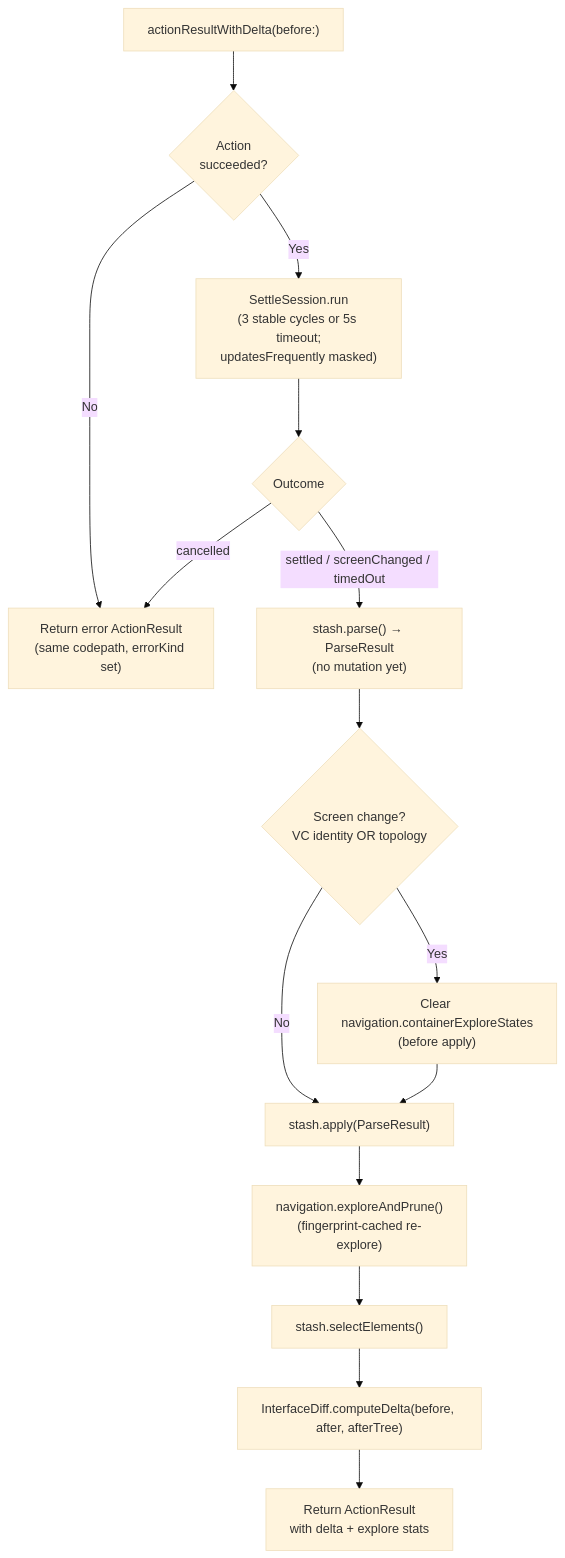
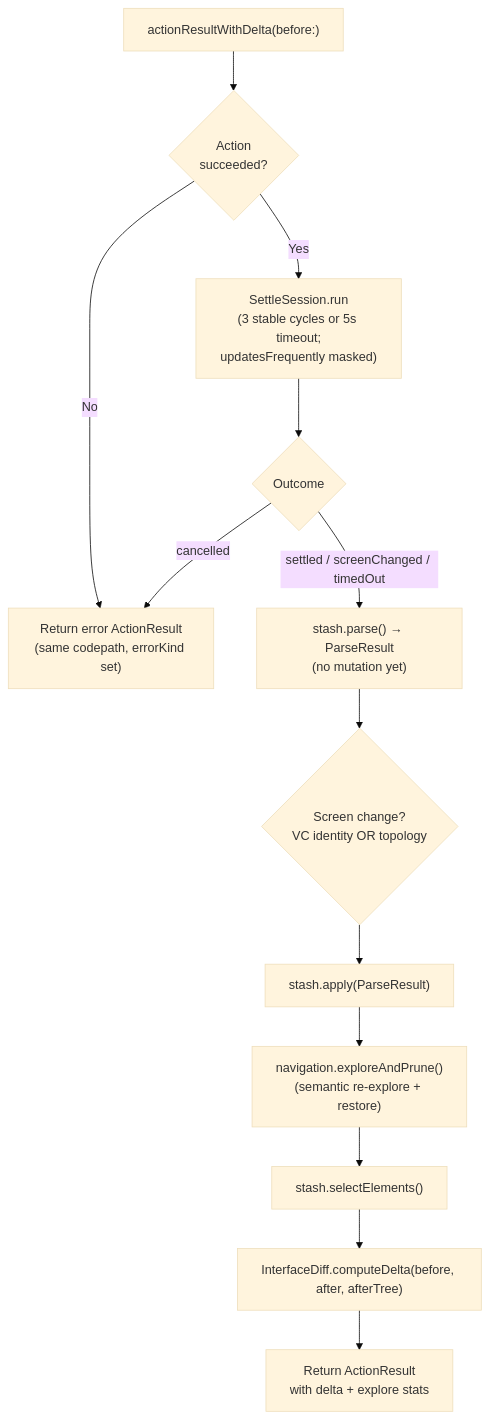
One commit to RoyalPineapple/TheButtonHeist changed the third of 3 diagrams in docs/dossiers/13-THEBRAINS.md. Above: the diagram before and after it, drawn with Mermaid (base theme). The commit also changed other lines of this file and 9 other files, not shown here.

````diff
--- a/docs/dossiers/13-THEBRAINS.md
+++ b/docs/dossiers/13-THEBRAINS.md
@@ -95,19 +95,17 @@
 ```mermaid
 flowchart TD
     A["actionResultWithDelta(before:)"] --> B{Action<br/>succeeded?}
     B -->|No| C["Return error ActionResult<br/>(same codepath, errorKind set)"]
     B -->|Yes| D["SettleSession.run<br/>(3 stable cycles or 5s timeout;<br/>updatesFrequently masked)"]
     D --> CANC{Outcome}
     CANC -->|cancelled| C
     CANC -->|settled / screenChanged / timedOut| E["stash.parse() → ParseResult<br/>(no mutation yet)"]
 
     E --> F{Screen change?<br/>VC identity OR topology}
-    F -->|Yes| G["Clear navigation.containerExploreStates<br/>(before apply)"]
-    F -->|No| H["stash.apply(ParseResult)"]
-    G --> H
+    F --> H["stash.apply(ParseResult)"]
 
-    H --> I["navigation.exploreAndPrune()<br/>(fingerprint-cached re-explore)"]
+    H --> I["navigation.exploreAndPrune()<br/>(semantic re-explore + restore)"]
     I --> J["stash.selectElements()"]
     J --> K["InterfaceDiff.computeDelta(before, after, afterTree)"]
     K --> L["Return ActionResult<br/>with delta + explore stats"]
 ```
````
